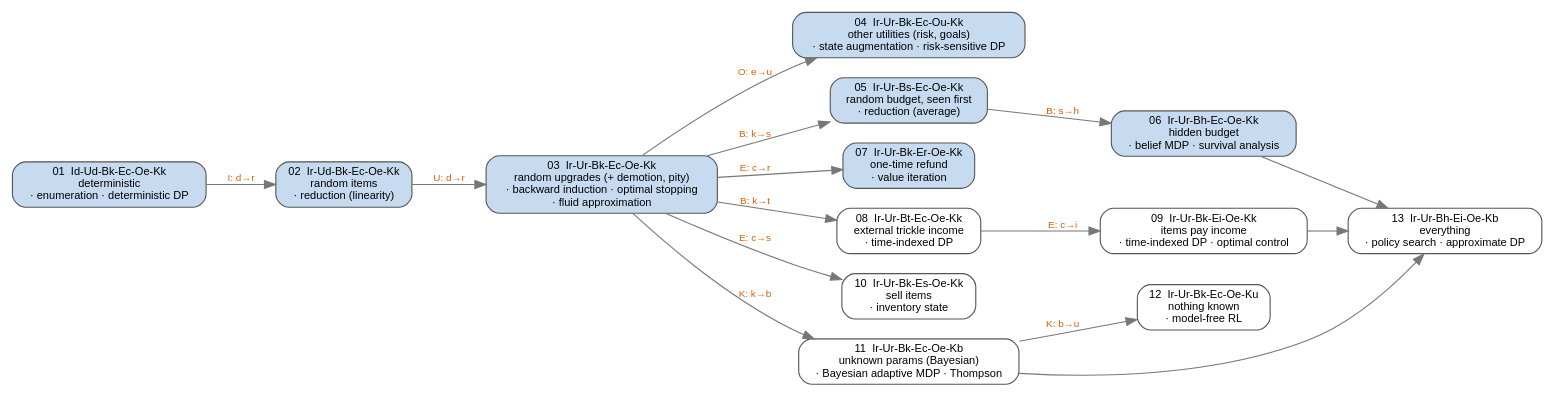
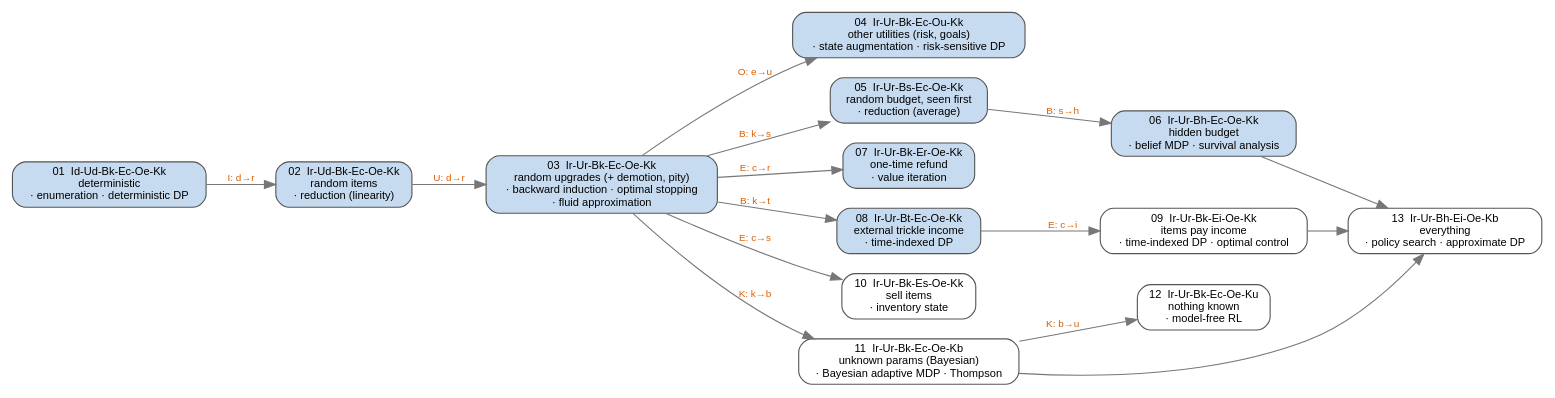
One commit to ssarkar2/notes changed the diagram in probability/sequential_decision_making_under_uncertainty/figures/ladder_map.dot. Above: the diagram before and after it, drawn with Graphviz. The commit also changed 7 other files, not shown here.

First line of the commit message:
Add problem 08 (coins trickle in): time-indexed DP, coin and tick bounds

```diff
--- a/probability/sequential_decision_making_under_uncertainty/figures/ladder_map.dot
+++ b/probability/sequential_decision_making_under_uncertainty/figures/ladder_map.dot
@@ -1,36 +1,36 @@
 // Ladder of problems: each edge = one axis loosened. Filled = built, white = planned.
 // Build: ./build.sh
 digraph ladder {
   rankdir=LR;
   graph [fontname="Helvetica", fontsize=11, nodesep=0.25, ranksep=0.5, bgcolor="white"];
   node  [shape=box, style="rounded,filled", fontname="Helvetica", fontsize=10, fillcolor="white", color="#555555"];
   edge  [fontname="Helvetica", fontsize=9, color="#777777", fontcolor="#d95f02"];
 
   // fillcolor "#c6dbef" = built
   p01 [label="01  Id-Ud-Bk-Ec-Oe-Kk\ndeterministic\n· enumeration · deterministic DP", fillcolor="#c6dbef"];
   p02 [label="02  Ir-Ud-Bk-Ec-Oe-Kk\nrandom items\n· reduction (linearity)", fillcolor="#c6dbef"];
   p03 [label="03  Ir-Ur-Bk-Ec-Oe-Kk\nrandom upgrades (+ demotion, pity)\n· backward induction · optimal stopping\n· fluid approximation", fillcolor="#c6dbef"];
   p04 [label="04  Ir-Ur-Bk-Ec-Ou-Kk\nother utilities (risk, goals)\n· state augmentation · risk-sensitive DP", fillcolor="#c6dbef"];
   p05 [label="05  Ir-Ur-Bs-Ec-Oe-Kk\nrandom budget, seen first\n· reduction (average)", fillcolor="#c6dbef"];
   p06 [label="06  Ir-Ur-Bh-Ec-Oe-Kk\nhidden budget\n· belief MDP · survival analysis", fillcolor="#c6dbef"];
   p07 [label="07  Ir-Ur-Bk-Er-Oe-Kk\none-time refund\n· value iteration", fillcolor="#c6dbef"];
-  p08 [label="08  Ir-Ur-Bt-Ec-Oe-Kk\nexternal trickle income\n· time-indexed DP"];
+  p08 [label="08  Ir-Ur-Bt-Ec-Oe-Kk\nexternal trickle income\n· time-indexed DP", fillcolor="#c6dbef"];
   p09 [label="09  Ir-Ur-Bk-Ei-Oe-Kk\nitems pay income\n· time-indexed DP · optimal control"];
   p10 [label="10  Ir-Ur-Bk-Es-Oe-Kk\nsell items\n· inventory state"];
   p11 [label="11  Ir-Ur-Bk-Ec-Oe-Kb\nunknown params (Bayesian)\n· Bayesian adaptive MDP · Thompson"];
   p12 [label="12  Ir-Ur-Bk-Ec-Oe-Ku\nnothing known\n· model-free RL"];
   p13 [label="13  Ir-Ur-Bh-Ei-Oe-Kb\neverything\n· policy search · approximate DP"];
 
   p01 -> p02 [label="I: d→r"];
   p02 -> p03 [label="U: d→r"];
   p03 -> p04 [label="O: e→u"];
   p03 -> p05 [label="B: k→s"];
   p05 -> p06 [label="B: s→h"];
   p03 -> p07 [label="E: c→r"];
   p03 -> p08 [label="B: k→t"];
   p08 -> p09 [label="E: c→i"];
   p03 -> p10 [label="E: c→s"];
   p03 -> p11 [label="K: k→b"];
   p11 -> p12 [label="K: b→u"];
   p06 -> p13; p09 -> p13; p11 -> p13;
 }
```
